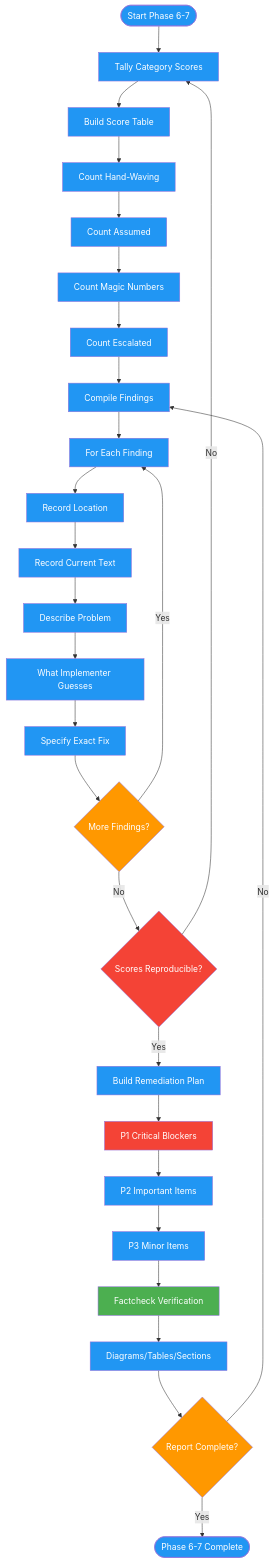
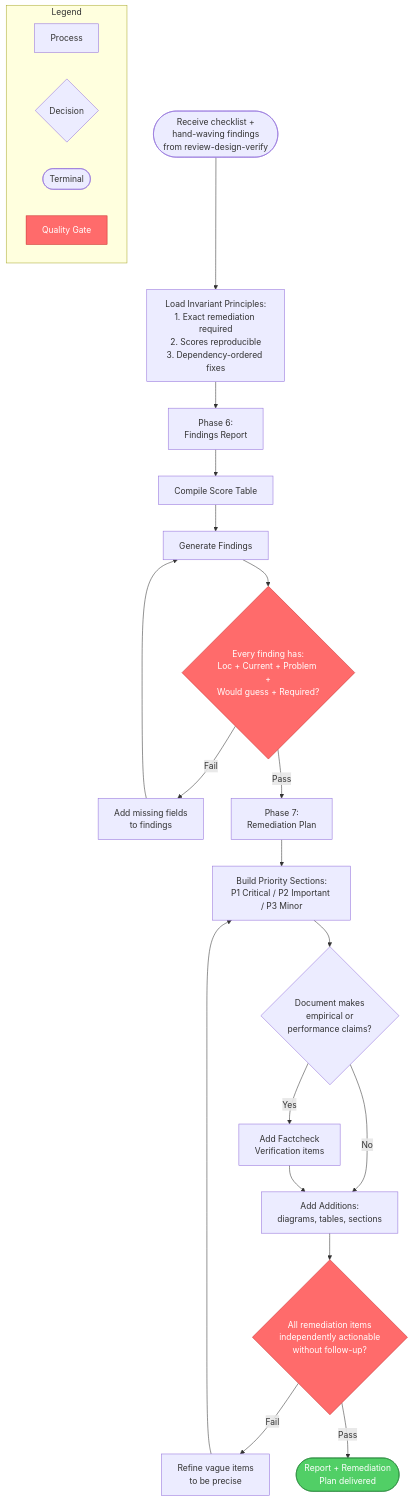
The first of 3 diagrams in docs/commands/review-design-report.md (axiomantic/spellbook), drawn with Mermaid before and after one commit. The commit also changed other lines of this file and 217 other files, not shown here.

````diff
--- a/docs/commands/review-design-report.md
+++ b/docs/commands/review-design-report.md
@@ -7,60 +9,33 @@
 ```mermaid
 flowchart TD
-    Start([Start Phase 6-7]) --> Tally[Tally Category Scores]
+    subgraph Legend
+        L1[Process]
+        L2{Decision}
+        L3([Terminal])
+        L4[Quality Gate]:::gate
+    end
 
-    Tally --> ScoreTable[Build Score Table]
-    ScoreTable --> CountHW[Count Hand-Waving]
-    CountHW --> CountA[Count Assumed]
-    CountA --> CountMN[Count Magic Numbers]
-    CountMN --> CountE[Count Escalated]
+    Start([Receive checklist +<br>hand-waving findings<br>from review-design-verify]) --> PRINCIPLES[Load Invariant Principles:<br>1. Exact remediation required<br>2. Scores reproducible<br>3. Dependency-ordered fixes]
 
-    CountE --> Findings[Compile Findings]
-    Findings --> ForEach[For Each Finding]
-    ForEach --> Loc[Record Location]
-    Loc --> Current[Record Current Text]
-    Current --> Problem[Describe Problem]
-    Problem --> WouldGuess[What Implementer Guesses]
-    WouldGuess --> Required[Specify Exact Fix]
+    PRINCIPLES --> P6[Phase 6:<br>Findings Report]
+    P6 --> SCORE[Compile Score Table]
+    SCORE --> FINDINGS[Generate Findings]
+    FINDINGS --> GATE1{Every finding has:<br>Loc + Current + Problem +<br>Would guess + Required?}:::gate
+    GATE1 -->|Fail| FIX_FINDING[Add missing fields<br>to findings]
+    FIX_FINDING --> FINDINGS
+    GATE1 -->|Pass| P7[Phase 7:<br>Remediation Plan]
 
-    Required --> MoreF{More Findings?}
-    MoreF -->|Yes| ForEach
-    MoreF -->|No| Reproducible{Scores Reproducible?}
+    P7 --> PRIORITIES[Build Priority Sections:<br>P1 Critical / P2 Important / P3 Minor]
+    PRIORITIES --> CLAIMS{Document makes<br>empirical or<br>performance claims?}
+    CLAIMS -->|Yes| FACTCHECK[Add Factcheck<br>Verification items]
+    CLAIMS -->|No| ADDITIONS
+    FACTCHECK --> ADDITIONS[Add Additions:<br>diagrams, tables, sections]
 
-    Reproducible -->|No| Tally
-    Reproducible -->|Yes| Remediation[Build Remediation Plan]
+    ADDITIONS --> GATE2{All remediation items<br>independently actionable<br>without follow-up?}:::gate
+    GATE2 -->|Fail| REFINE[Refine vague items<br>to be precise]
+    REFINE --> PRIORITIES
+    GATE2 -->|Pass| DONE([Report + Remediation<br>Plan delivered]):::success
 
-    Remediation --> P1[P1 Critical Blockers]
-    P1 --> P2[P2 Important Items]
-    P2 --> P3[P3 Minor Items]
-    P3 --> FactV[Factcheck Verification]
-    FactV --> Additions[Diagrams/Tables/Sections]
-
-    Additions --> Complete{Report Complete?}
-    Complete -->|Yes| Done([Phase 6-7 Complete])
-    Complete -->|No| Findings
-
-    style Start fill:#2196F3,color:#fff
-    style Done fill:#2196F3,color:#fff
-    style Tally fill:#2196F3,color:#fff
-    style ScoreTable fill:#2196F3,color:#fff
-    style CountHW fill:#2196F3,color:#fff
-    style CountA fill:#2196F3,color:#fff
-    style CountMN fill:#2196F3,color:#fff
-    style CountE fill:#2196F3,color:#fff
-    style Findings fill:#2196F3,color:#fff
-    style ForEach fill:#2196F3,color:#fff
-    style Loc fill:#2196F3,color:#fff
-    style Current fill:#2196F3,color:#fff
-    style Problem fill:#2196F3,color:#fff
-    style WouldGuess fill:#2196F3,color:#fff
-    style Required fill:#2196F3,color:#fff
-    style Remediation fill:#2196F3,color:#fff
-    style P1 fill:#f44336,color:#fff
-    style P2 fill:#2196F3,color:#fff
-    style P3 fill:#2196F3,color:#fff
-    style FactV fill:#4CAF50,color:#fff
-    style Additions fill:#2196F3,color:#fff
-    style MoreF fill:#FF9800,color:#fff
-    style Reproducible fill:#f44336,color:#fff
-    style Complete fill:#FF9800,color:#fff
+    classDef gate fill:#ff6b6b,stroke:#c92a2a,color:#fff
+    classDef success fill:#51cf66,stroke:#2b8a3e,color:#fff
 ```
````
